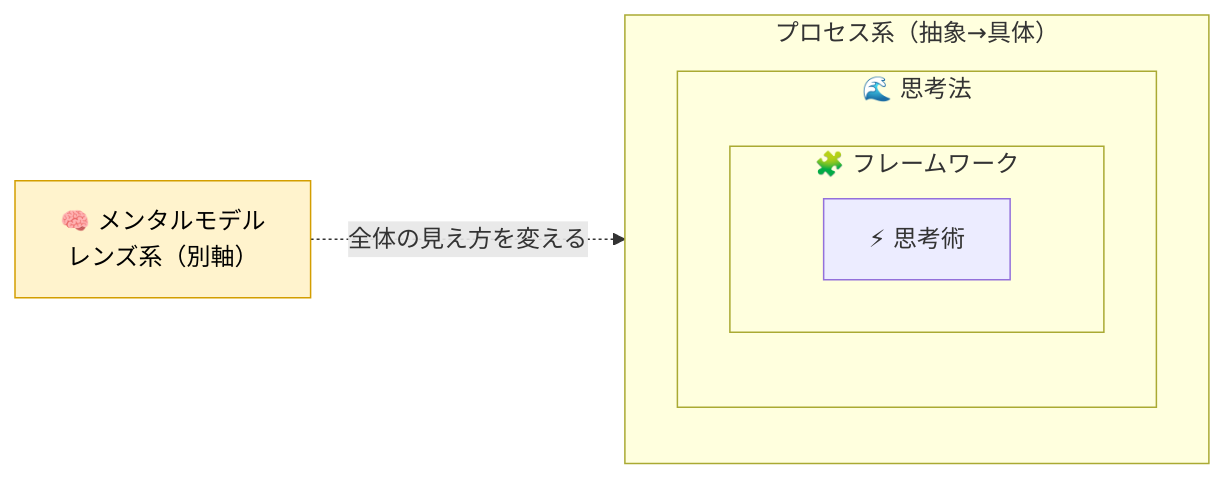
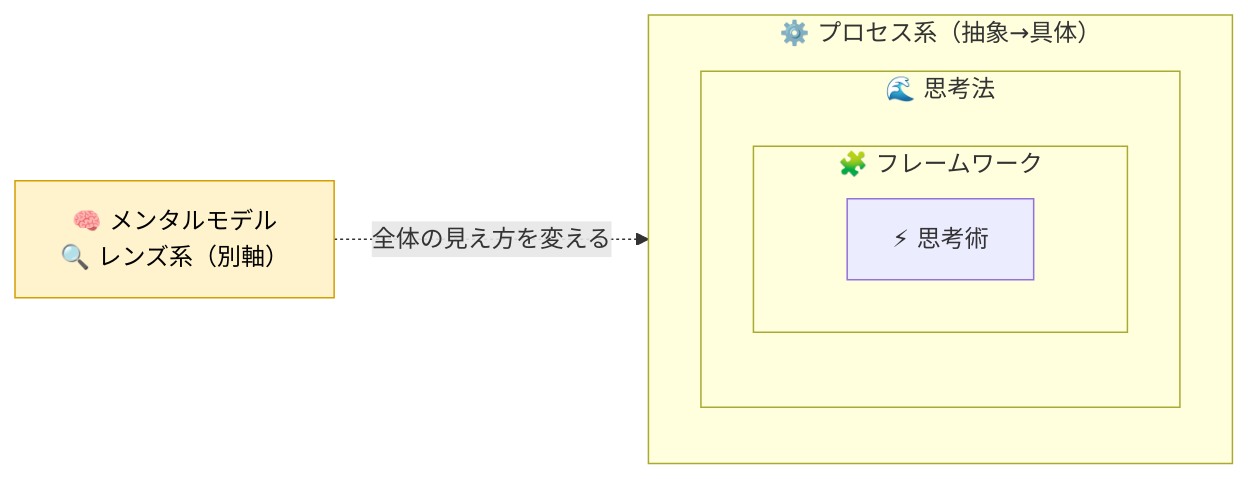
One commit to snamiki1212/awesome-thinking changed the diagram in README.md. Above: the diagram before and after it, drawn with Mermaid. The commit also changed other lines of this file and 1 other file, not shown here.

Commit message:
レンズ系/プロセス系に絵文字を付与（🔍 / ⚙️）
レンズ系=🔍、プロセス系=⚙️ をREADMEの説明文・mermaid図とCLAUDEの用語に反映。
図・見出しでの統一絵文字とする。

````diff
--- a/README.md
+++ b/README.md
@@ -18,14 +18,14 @@
 ```mermaid
 flowchart LR
-    L["🧠 メンタルモデル<br/>レンズ系（別軸）"]
-    subgraph P["プロセス系（抽象→具体）"]
+    L["🧠 メンタルモデル<br/>🔍 レンズ系（別軸）"]
+    subgraph P["⚙️ プロセス系（抽象→具体）"]
         subgraph M["🌊 思考法"]
             direction TB
             subgraph F["🧩 フレームワーク"]
                 S["⚡ 思考術"]
             end
         end
     end
     L -. 全体の見え方を変える .-> P
     style L fill:#fff3cd,stroke:#d39e00,color:#000
 ```
````
